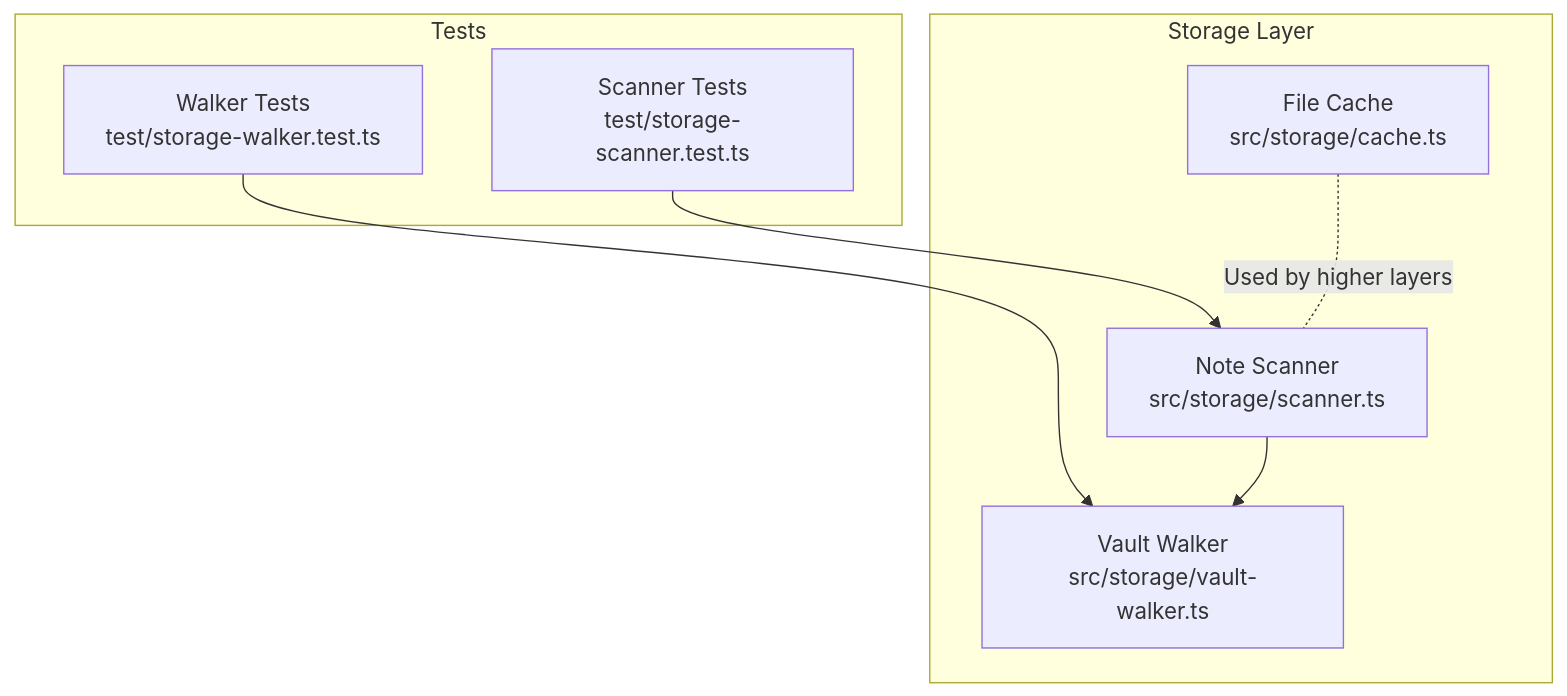
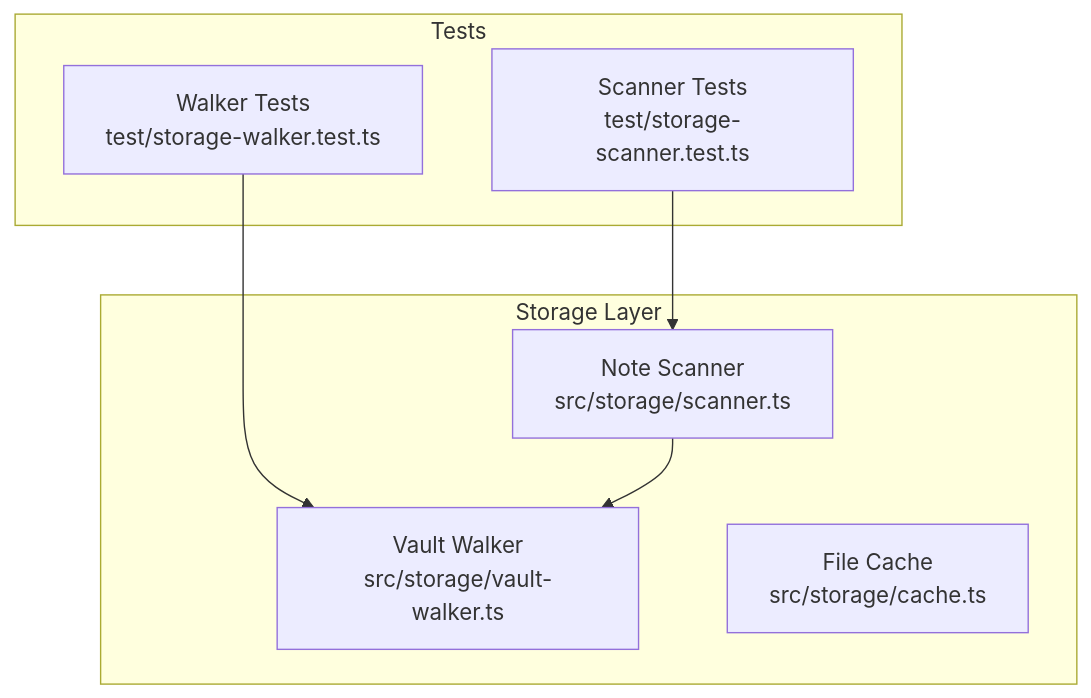
The first of 6 diagrams in Storage System/Vault Walker and Scanner.md (Kuldeep2822k/palee-architecture), drawn with Mermaid before and after one commit. The commit also changed other lines of this file and 76 other files, not shown here.

````diff
--- a/Storage System/Vault Walker and Scanner.md
+++ b/Storage System/Vault Walker and Scanner.md
@@ -39,18 +39,17 @@
 ```mermaid
 graph TB
   subgraph "Storage Layer"
     VW["Vault Walker<br/>src/storage/vault-walker.ts"]
     SC["Note Scanner<br/>src/storage/scanner.ts"]
     CF["File Cache<br/>src/storage/cache.ts"]
   end
 
   subgraph "Tests"
     TW["Walker Tests<br/>test/storage-walker.test.ts"]
     TS["Scanner Tests<br/>test/storage-scanner.test.ts"]
   end
 
   TW --> VW
   TS --> SC
   SC --> VW
-  CF -. "Used by higher layers" .- SC
 ```
````
